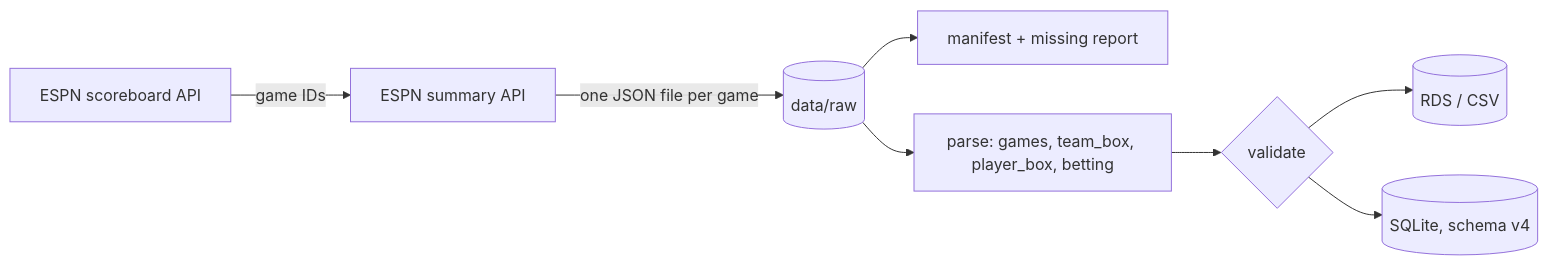
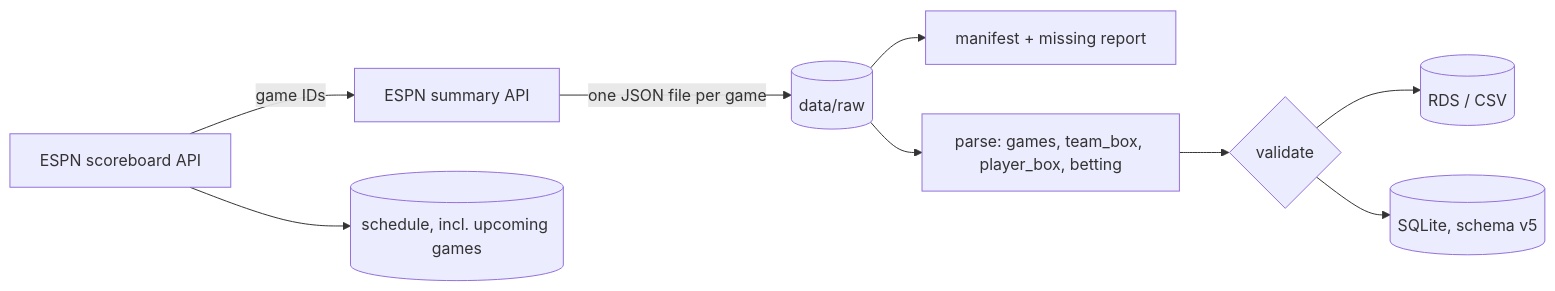
The diagram in README.md (kalebcoleman/nba-data), drawn with Mermaid before and after one commit. The commit also changed other lines of this file and 17 other files, not shown here.

````diff
--- a/README.md
+++ b/README.md
@@ -37,10 +37,11 @@
 ```mermaid
 flowchart LR
   A[ESPN scoreboard API] -->|game IDs| B[ESPN summary API]
   B -->|one JSON file per game| C[(data/raw)]
   C --> D[manifest + missing report]
   C --> E[parse: games, team_box, player_box, betting]
   E --> F{validate}
   F --> G[(RDS / CSV)]
-  F --> H[(SQLite, schema v4)]
+  F --> H[(SQLite, schema v5)]
+  A --> S[(schedule, incl. upcoming games)]
 ```
````
